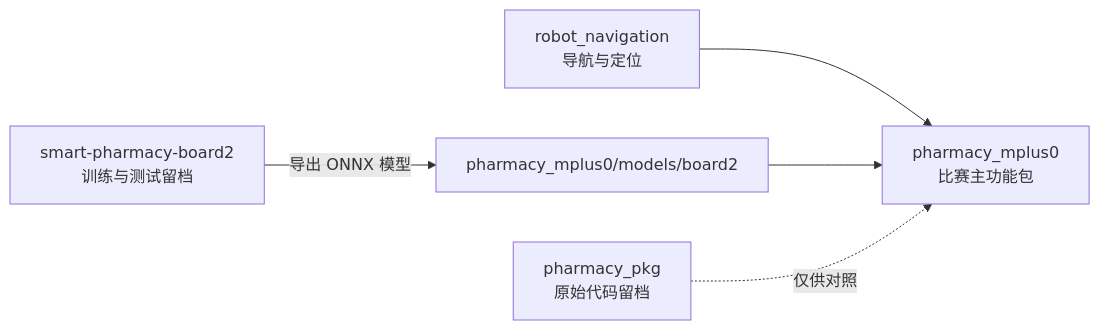
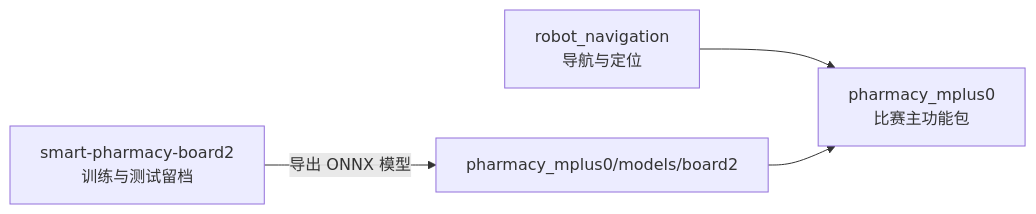
Before and after one commit to Mplus0/Smart-Pharmacy: the diagram in README.md, drawn with Mermaid. The commit also changed other lines of this file, not shown here.

````diff
--- a/README.md
+++ b/README.md
@@ -16,7 +15,6 @@
 ```mermaid
 flowchart LR
     NAV["robot_navigation<br/>导航与定位"] --> MAIN["pharmacy_mplus0<br/>比赛主功能包"]
     TRAIN["smart-pharmacy-board2<br/>训练与测试留档"] -->|"导出 ONNX 模型"| MODEL["pharmacy_mplus0/models/board2"]
     MODEL --> MAIN
-    LEGACY["pharmacy_pkg<br/>原始代码留档"] -. "仅供对照" .-> MAIN
 ```
````
